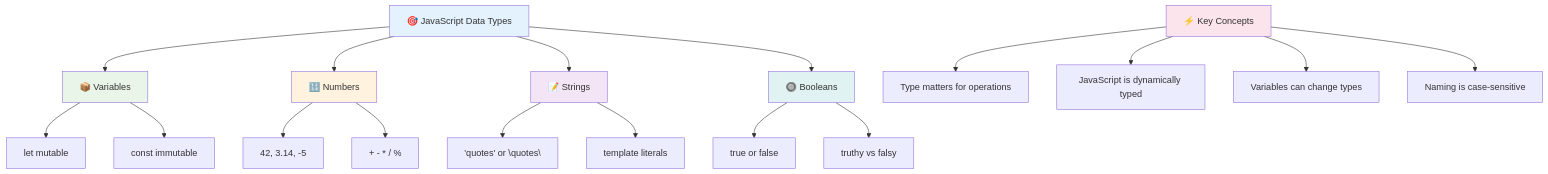
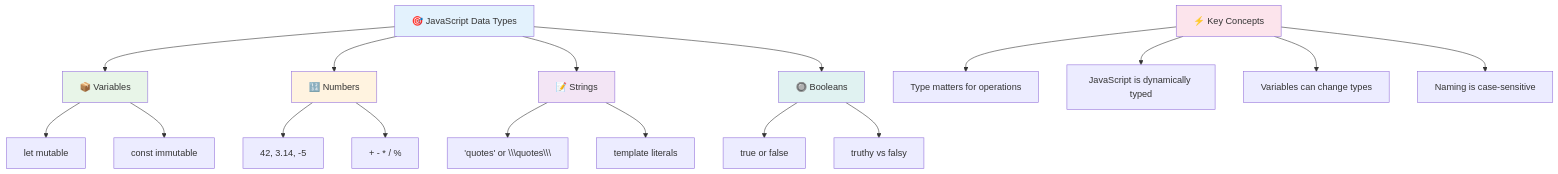
The tenth of 11 diagrams in 2-js-basics/1-data-types/README.md (microsoft/Web-Dev-For-Beginners), drawn with Mermaid before and after one commit. The commit also changed other lines of this file and 6 other files, not shown here.

Commit message:
fixing broken diagrams

````diff
--- a/2-js-basics/1-data-types/README.md
+++ b/2-js-basics/1-data-types/README.md
@@ -499,31 +499,31 @@
 ```mermaid
 graph TD
     A["🎯 JavaScript Data Types"] --> B["📦 Variables"]
     A --> C["🔢 Numbers"]
     A --> D["📝 Strings"]
     A --> E["🔘 Booleans"]
     
     B --> B1["let mutable"]
     B --> B2["const immutable"]
     
     C --> C1["42, 3.14, -5"]
     C --> C2["+ - * / %"]
     
-    D --> D1["'quotes' or \"quotes\""]
+    D --> D1["'quotes' or \\\"quotes\\\""]
     D --> D2["`template literals`"]
     
     E --> E1["true or false"]
     E --> E2["truthy vs falsy"]
     
     F["⚡ Key Concepts"] --> F1["Type matters for operations"]
     F --> F2["JavaScript is dynamically typed"]
     F --> F3["Variables can change types"]
     F --> F4["Naming is case-sensitive"]
     
     style A fill:#e3f2fd
     style B fill:#e8f5e8
     style C fill:#fff3e0
     style D fill:#f3e5f5
     style E fill:#e0f2f1
     style F fill:#fce4ec
 ```
````
